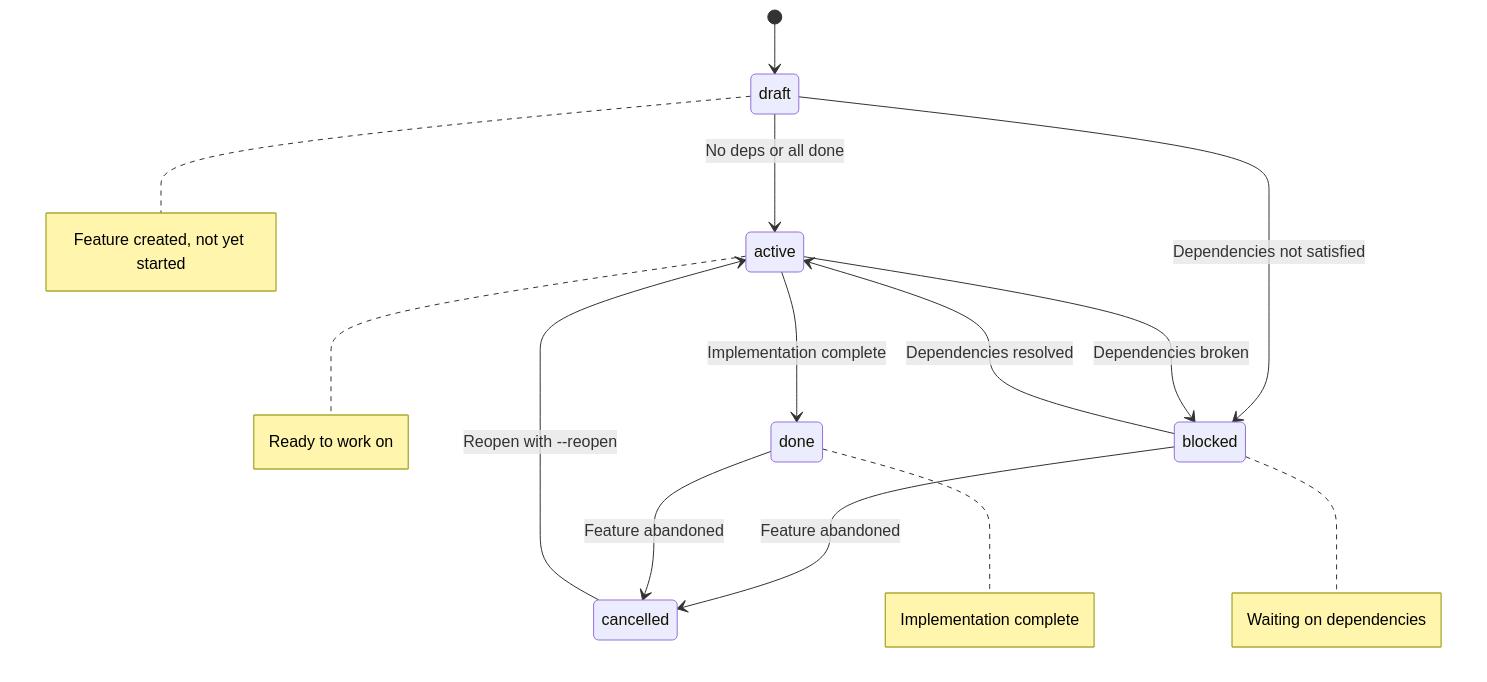
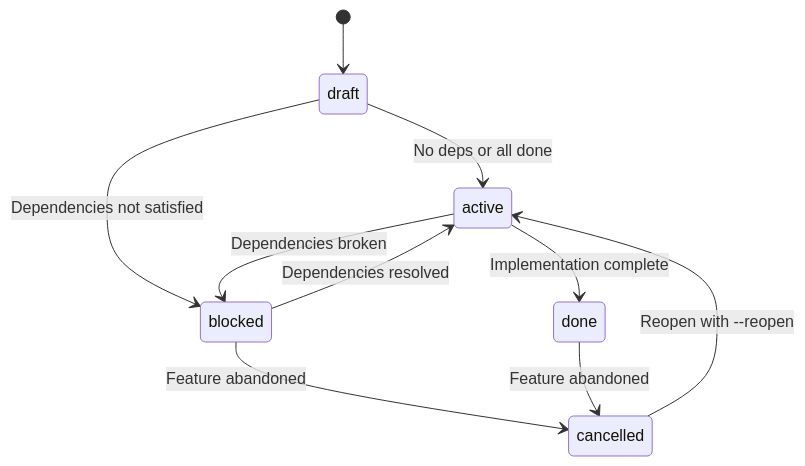
The third of 8 diagrams in README.md (sanxzy/mandor), drawn with Mermaid before and after one commit. The commit also changed other lines of this file, not shown here.

First line of the commit message:
fix: remove unsupported Mermaid note annotations for GitHub compatibility

````diff
--- a/README.md
+++ b/README.md
@@ -140,28 +140,12 @@
 ```mermaid
 stateDiagram-v2
     [*] --> draft
     draft --> active: No deps or all done
     draft --> blocked: Dependencies not satisfied
     active --> done: Implementation complete
     active --> blocked: Dependencies broken
     blocked --> active: Dependencies resolved
     blocked --> cancelled: Feature abandoned
     done --> cancelled: Feature abandoned
     cancelled --> active: Reopen with --reopen
-
-    note right of draft
-        Feature created, not yet started
-    end note
-
-    note right of active
-        Ready to work on
-    end note
-
-    note right of done
-        Implementation complete
-    end note
-
-    note right of blocked
-        Waiting on dependencies
-    end note
 ```
````
